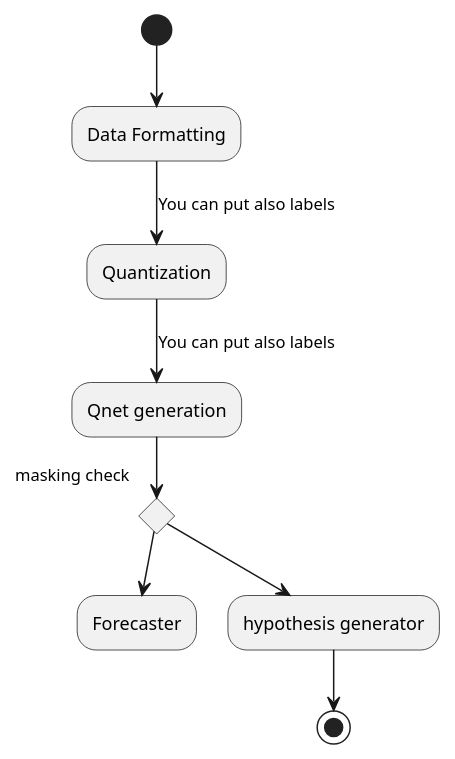
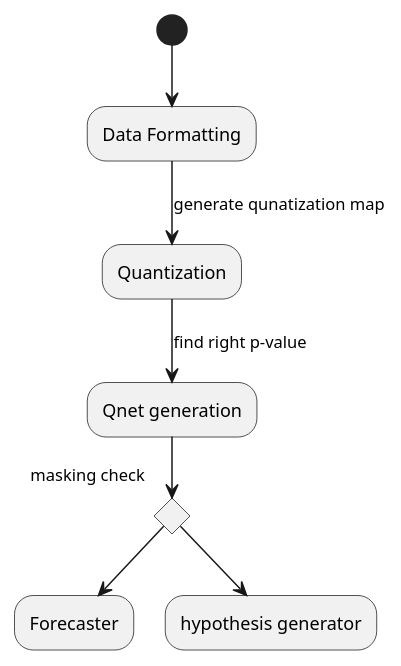
The diagram in project/Microbiome Analysis Steps.md (zeroknowledgediscovery/zedwiki), drawn with PlantUML before and after one commit.

Commit message:
Updated Microbiome Analysis Steps.md (markdown)

```diff
--- a/project/Microbiome Analysis Steps.md
+++ b/project/Microbiome Analysis Steps.md
@@ -14,13 +14,12 @@
 @startuml
 
 (*) --> "Data Formatting"
--->[You can put also labels] "Quantization"
--->[You can put also labels] "Qnet generation"
+-->[generate qunatization map] "Quantization"
+-->[find right p-value] "Qnet generation"
 If  "masking check" then
 --> "Forecaster"
 else
 --> "hypothesis generator"
 Endif
---> (*)
 
 @enduml
```
